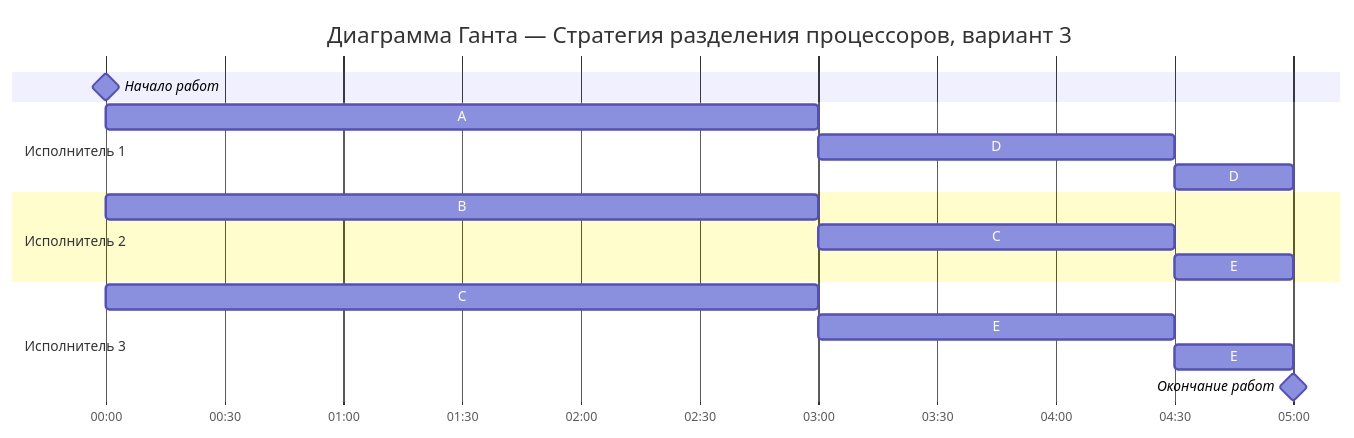
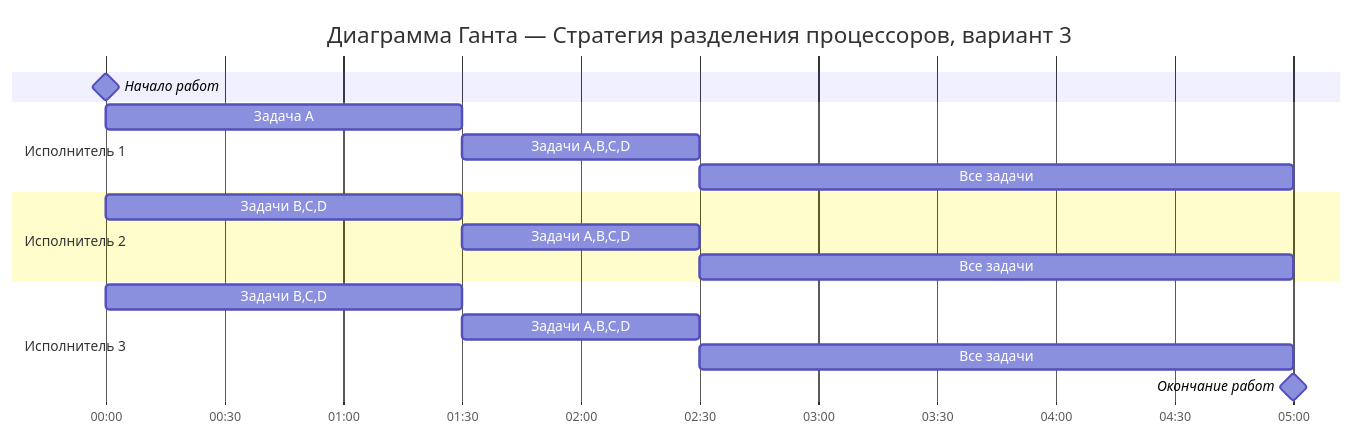
Before and after one commit to hse-algo-psapr-25/manual-tasks: the diagram in Задание 12/devnull.md, drawn with Mermaid. The commit also changed other lines of this file, not shown here.

````diff
--- a/Задание 12/devnull.md
+++ b/Задание 12/devnull.md
@@ -165,26 +144,26 @@
 ```mermaid
 gantt
     title Диаграмма Ганта — Стратегия разделения процессоров, вариант 3
     dateFormat  HH:mm
     axisFormat  %H:%M
     todayMarker off
 
     Начало работ : milestone, m1, 00:00, 0h
 
-    section Исполнитель 1 
-    A         :a1, 00:00, 3h
-    D         :a2, 03:00, 1.5h
-    D         :a3, 04:30, 0.5h
+    section Исполнитель 1
+    Задача A            :a1, 00:00, 1.5h
+    Задачи A,B,C,D      :a2, 01:30, 1h
+    Все задачи          :a3, 02:30, 2.5h
 
-    section Исполнитель 2 
-    B         :b1, 00:00, 3h
-    C         :b2, 03:00, 1.5h
-    E         :b3, 04:30, 0.5h
+    section Исполнитель 2
+    Задачи B,C,D        :b1, 00:00, 1.5h
+    Задачи A,B,C,D      :b2, 01:30, 1h
+    Все задачи          :b3, 02:30, 2.5h
 
     section Исполнитель 3
-    C         :c1, 00:00, 3h
-    E         :c2, 03:00, 1.5h
-    E         :c3, 04:30, 0.5h
+    Задачи B,C,D        :c1, 00:00, 1.5h
+    Задачи A,B,C,D      :c2, 01:30, 1h
+    Все задачи          :c3, 02:30, 2.5h
 
     Окончание работ : milestone, m2, 05:00, 0h
 ```
````
